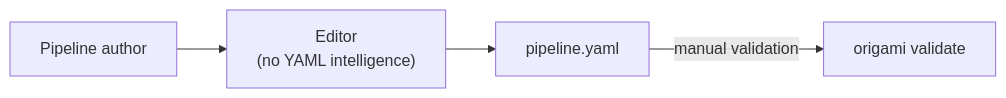
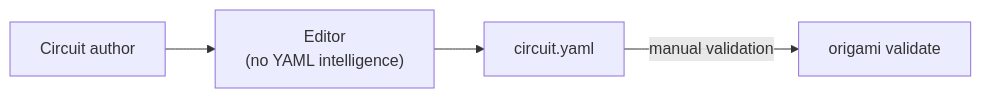
One commit to dpopsuev/origami changed the first of 2 diagrams in .cursor/contracts/draft/origami-lsp.md. Above: the diagram before and after it, drawn with Mermaid. The commit also changed other lines of this file and 315 other files, not shown here.

````diff
--- a/.cursor/contracts/draft/origami-lsp.md
+++ b/.cursor/contracts/draft/origami-lsp.md
@@ -25,10 +25,10 @@
 ```mermaid
 flowchart LR
-    Author["Pipeline author"]
+    Author["Circuit author"]
     Editor["Editor\n(no YAML intelligence)"]
-    YAML["pipeline.yaml"]
+    YAML["circuit.yaml"]
 
     Author --> Editor
     Editor --> YAML
     YAML -->|"manual validation"| CLI["origami validate"]
 ```
````
